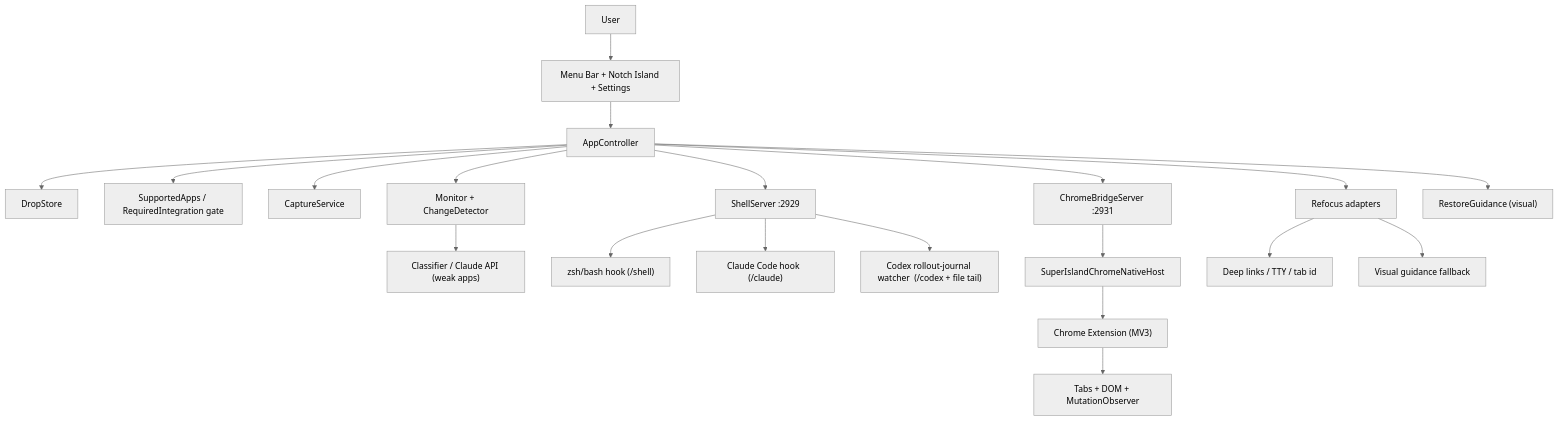
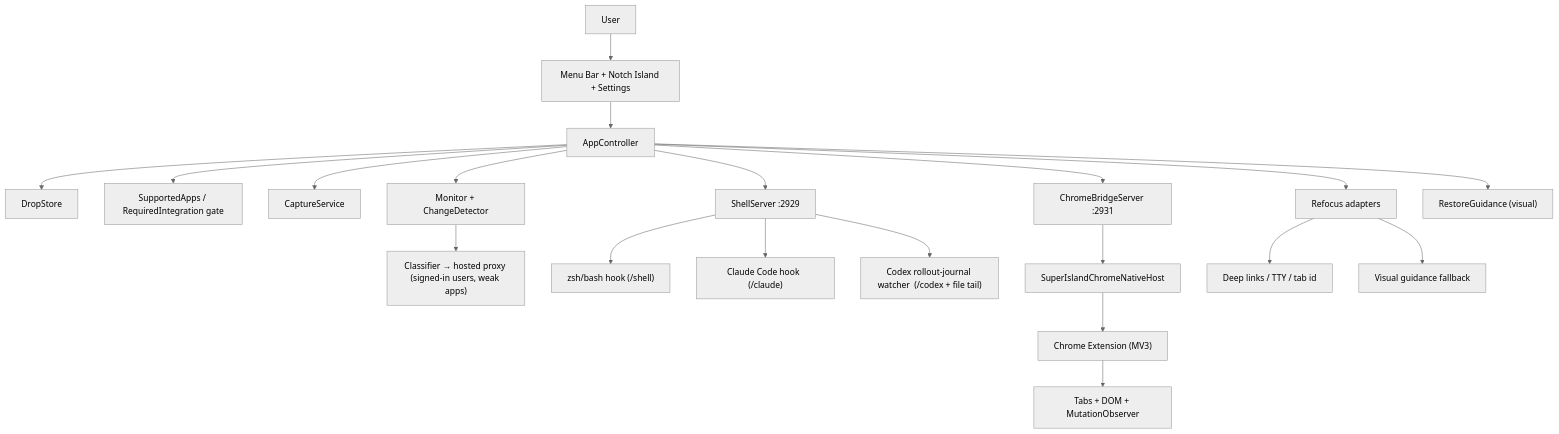
One commit to akkhil7/superisland changed the diagram in docs/architecture-2026-06-23.md. Above: the diagram before and after it, drawn with Mermaid (neutral theme). The commit also changed other lines of this file, not shown here.

Commit message:
docs: document membership and hosted Claude proxy architecture

````diff
--- a/docs/architecture-2026-06-23.md
+++ b/docs/architecture-2026-06-23.md
@@ -31,26 +31,26 @@
 ```mermaid
 flowchart TD
     User["User"] --> UI["Menu Bar + Notch Island + Settings"]
     UI --> AppController["AppController"]
     AppController --> Store["DropStore"]
     AppController --> Gate["SupportedApps / RequiredIntegration gate"]
     AppController --> Capture["CaptureService"]
     AppController --> Monitor["Monitor + ChangeDetector"]
     AppController --> Refocuser["Refocus adapters"]
     AppController --> ShellSrv["ShellServer :2929"]
     AppController --> ChromeSrv["ChromeBridgeServer :2931"]
     AppController --> Restore["RestoreGuidance (visual)"]
 
-    Monitor --> Classifier["Classifier / Claude API (weak apps)"]
+    Monitor --> Classifier["Classifier → hosted proxy (signed-in users, weak apps)"]
 
     ShellSrv --> ShellHook["zsh/bash hook  (/shell)"]
     ShellSrv --> ClaudeHook["Claude Code hook  (/claude)"]
     ShellSrv --> CodexWatch["Codex rollout-journal watcher  (/codex + file tail)"]
 
     ChromeSrv --> NativeHost["SuperIslandChromeNativeHost"]
     NativeHost --> Extension["Chrome Extension (MV3)"]
     Extension --> Tabs["Tabs + DOM + MutationObserver"]
 
     Refocuser --> Strong["Deep links / TTY / tab id"]
     Refocuser --> Visual["Visual guidance fallback"]
 ```
````
